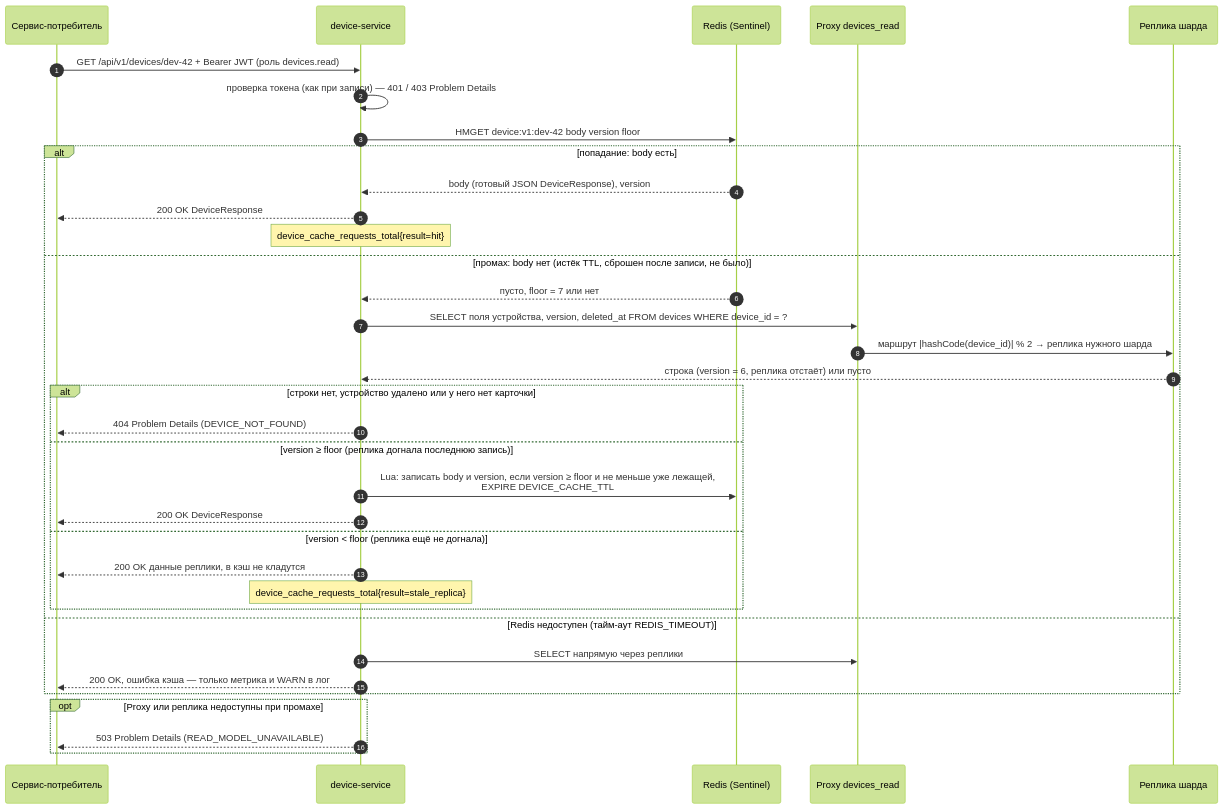
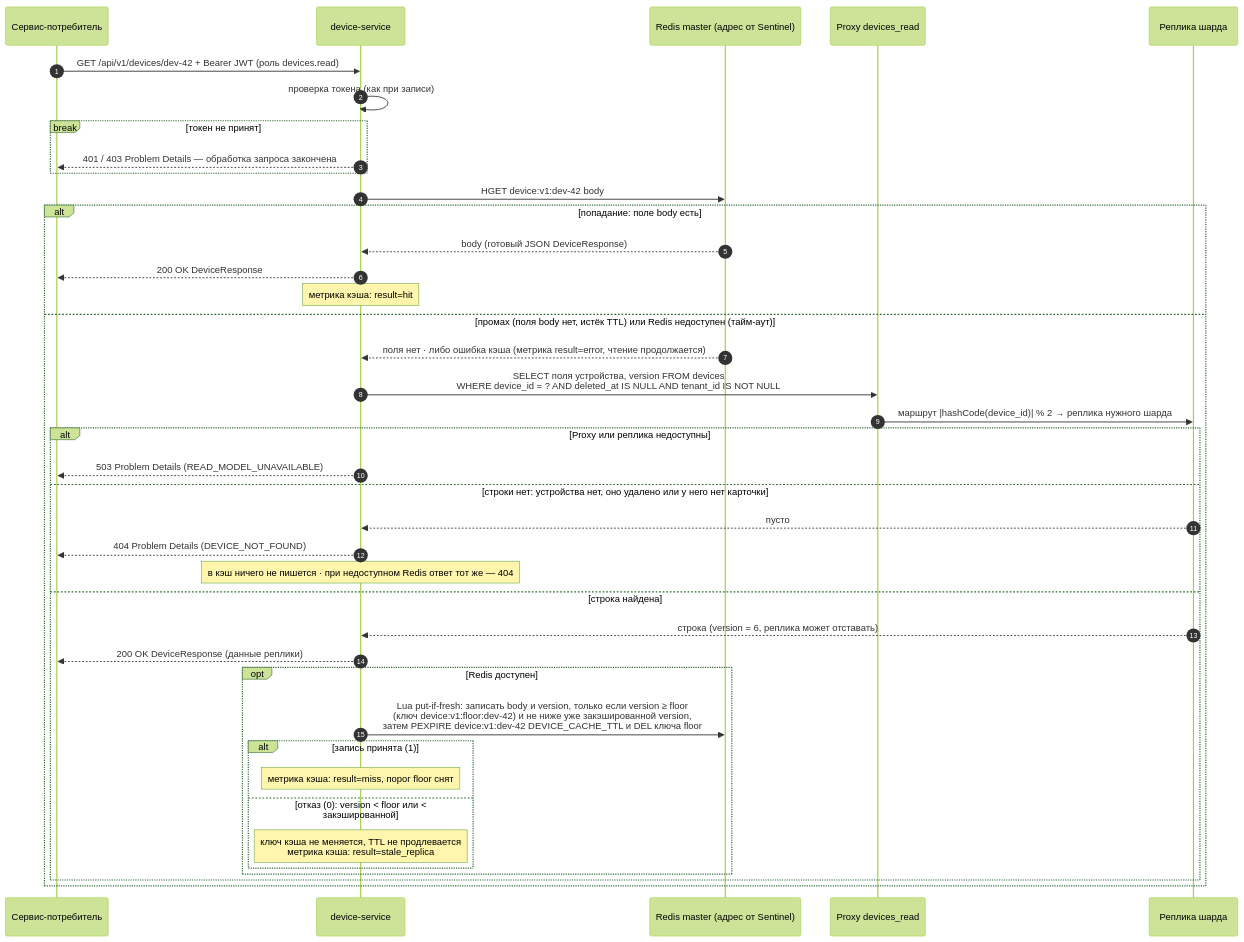
The diagram in diagrams/ds-read-sequence.mmd (gluhov-d/iot-platform), drawn with Mermaid (forest theme) before and after one commit. The commit also changed 28 other files, not shown here.

First line of the commit message:
Дизайн device-service: правки по итогам ревью

```diff
--- a/diagrams/ds-read-sequence.mmd
+++ b/diagrams/ds-read-sequence.mmd
@@ -1,37 +1,43 @@
-%% device-service: чтение устройства по паттерну Cache-Aside
+%% device-service: чтение устройства по паттерну Cache-Aside.
+%% Промах кэша и недоступный Redis идут одним путём; исходы взаимоисключающие: 200, 404 или 503
 sequenceDiagram
     autonumber
     participant C as Сервис-потребитель
     participant DS as device-service
-    participant RD as Redis (Sentinel)
+    participant RD as Redis master (адрес от Sentinel)
     participant P as Proxy devices_read
     participant R as Реплика шарда
 
     C->>DS: GET /api/v1/devices/dev-42 + Bearer JWT (роль devices.read)
-    DS->>DS: проверка токена (как при записи) — 401 / 403 Problem Details
-    DS->>RD: HMGET device:v1:dev-42 body version floor
-    alt попадание: body есть
-        RD-->>DS: body (готовый JSON DeviceResponse), version
+    DS->>DS: проверка токена (как при записи)
+    break токен не принят
+        DS-->>C: 401 / 403 Problem Details — обработка запроса закончена
+    end
+    DS->>RD: HGET device:v1:dev-42 body
+    alt попадание: поле body есть
+        RD-->>DS: body (готовый JSON DeviceResponse)
         DS-->>C: 200 OK DeviceResponse
-        Note over DS: device_cache_requests_total{result=hit}
-    else промах: body нет (истёк TTL, сброшен после записи, не было)
-        RD-->>DS: пусто, floor = 7 или нет
-        DS->>P: SELECT поля устройства, version, deleted_at FROM devices WHERE device_id = ?
+        Note over DS: метрика кэша: result=hit
+    else промах (поля body нет, истёк TTL) или Redis недоступен (тайм-аут)
+        RD-->>DS: поля нет · либо ошибка кэша (метрика result=error, чтение продолжается)
+        DS->>P: SELECT поля устройства, version FROM devices<br/>WHERE device_id = ? AND deleted_at IS NULL AND tenant_id IS NOT NULL
         P->>R: маршрут |hashCode(device_id)| % 2 → реплика нужного шарда
-        R-->>DS: строка (version = 6, реплика отстаёт) или пусто
-        alt строки нет, устройство удалено или у него нет карточки
+        alt Proxy или реплика недоступны
+            DS-->>C: 503 Problem Details (READ_MODEL_UNAVAILABLE)
+        else строки нет: устройства нет, оно удалено или у него нет карточки
+            R-->>DS: пусто
             DS-->>C: 404 Problem Details (DEVICE_NOT_FOUND)
-        else version ≥ floor (реплика догнала последнюю запись)
-            DS->>RD: Lua: записать body и version, если version ≥ floor и не меньше уже лежащей,<br/>EXPIRE DEVICE_CACHE_TTL
-            DS-->>C: 200 OK DeviceResponse
-        else version < floor (реплика ещё не догнала)
-            DS-->>C: 200 OK данные реплики, в кэш не кладутся
-            Note over DS: device_cache_requests_total{result=stale_replica}
+            Note over DS: в кэш ничего не пишется · при недоступном Redis ответ тот же — 404
+        else строка найдена
+            R-->>DS: строка (version = 6, реплика может отставать)
+            DS-->>C: 200 OK DeviceResponse (данные реплики)
+            opt Redis доступен
+                DS->>RD: Lua put-if-fresh: записать body и version, только если version ≥ floor<br/>(ключ device:v1:floor:dev-42) и не ниже уже закэшированной version,<br/>затем PEXPIRE device:v1:dev-42 DEVICE_CACHE_TTL и DEL ключа floor
+                alt запись принята (1)
+                    Note over DS: метрика кэша: result=miss, порог floor снят
+                else отказ (0): version < floor или < закэшированной
+                    Note over DS: ключ кэша не меняется, TTL не продлевается<br/>метрика кэша: result=stale_replica
+                end
+            end
         end
-    else Redis недоступен (тайм-аут REDIS_TIMEOUT)
-        DS->>P: SELECT напрямую через реплики
-        DS-->>C: 200 OK, ошибка кэша — только метрика и WARN в лог
     end
-    opt Proxy или реплика недоступны при промахе
-        DS-->>C: 503 Problem Details (READ_MODEL_UNAVAILABLE)
-    end
```
